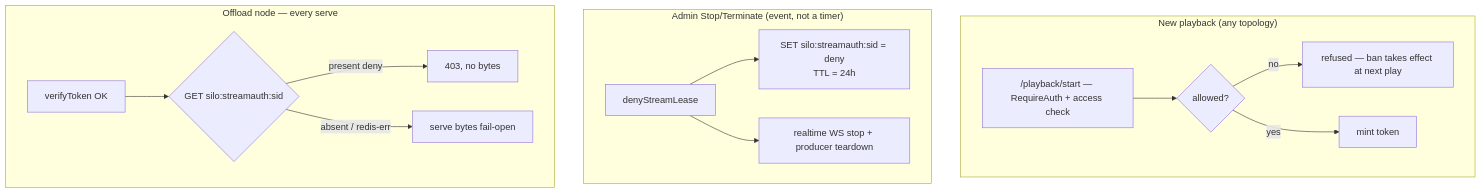
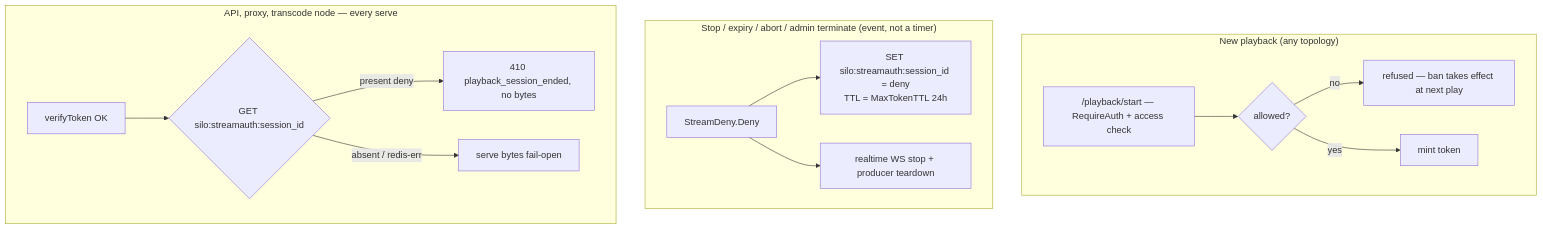
One commit to AmirulAndalib/silo-server changed the fourth of 5 diagrams in docs/architecture/restart-resilient-playback.md. Above: the diagram before and after it, drawn with Mermaid. The commit also changed other lines of this file and 3503 other files, not shown here.

````diff
--- a/docs/architecture/restart-resilient-playback.md
+++ b/docs/architecture/restart-resilient-playback.md
@@ -663,17 +655,17 @@
 ```mermaid
 flowchart TD
     subgraph New["New playback (any topology)"]
         P["/playback/start — RequireAuth + access check"] --> PB{allowed?}
         PB -- no --> PR[refused — ban takes effect at next play]
         PB -- yes --> PM[mint token]
     end
-    subgraph Admin["Admin Stop/Terminate (event, not a timer)"]
-        K[denyStreamLease] --> WD[SET silo:streamauth:sid = deny<br/>TTL = 24h]
+    subgraph Admin["Stop / expiry / abort / admin terminate (event, not a timer)"]
+        K[StreamDeny.Deny] --> WD[SET silo:streamauth:session_id = deny<br/>TTL = MaxTokenTTL 24h]
         K --> WS[realtime WS stop + producer teardown]
     end
-    subgraph Node["Offload node — every serve"]
-        G[verifyToken OK] --> L{GET silo:streamauth:sid}
-        L -- present deny --> F[403, no bytes]
+    subgraph Node["API, proxy, transcode node — every serve"]
+        G[verifyToken OK] --> L{GET silo:streamauth:session_id}
+        L -- present deny --> F[410 playback_session_ended, no bytes]
         L -- absent / redis-err --> SV[serve bytes  fail-open]
     end
 ```
````
